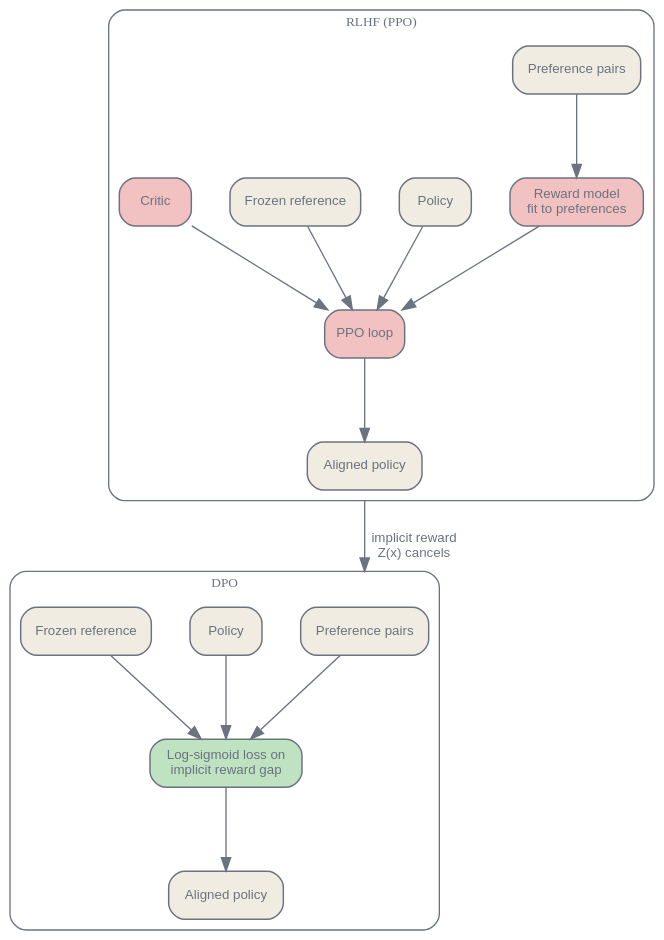
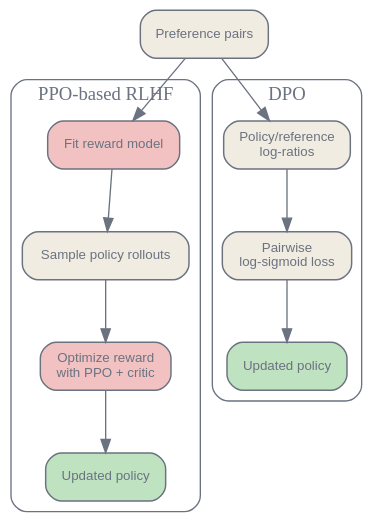
The first of 2 diagrams in en/adaptation/04-dpo-variants.qmd (latere-ai/ai-as-an-infrastructure), drawn with Graphviz before and after one commit. The commit also changed other lines of this file and 6 other files, not shown here.

````diff
--- a/en/adaptation/04-dpo-variants.qmd
+++ b/en/adaptation/04-dpo-variants.qmd
@@ -73,44 +41,36 @@
 ```{dot}
 //| label: fig-dpo-variants-reduction
-//| fig-cap: "RLHF runs a reward model and a PPO loop over four models; DPO substitutes the implicit reward into the Bradley-Terry model, the partition term cancels, and what remains is one classification loss over preference pairs. After Rafailov et al. (2023)."
+//| fig-cap: "PPO-based RLHF learns a reward and then optimizes against it. DPO substitutes a policy-to-reference log-ratio into the preference likelihood and trains on stored pairs."
 digraph {
   bgcolor="transparent";
   rankdir=TB;
-  nodesep=0.4; ranksep=0.85;
-  compound=true;
-  node [shape=box, style="rounded,filled", fontname="Helvetica", fontsize=10, color="#6b7280", fontcolor="#6b7280", fillcolor="#f1ece1", penwidth=1.1];
-  edge [fontsize=10, fontname="Helvetica", color="#6b7280", fontcolor="#6b7280"];
+  nodesep=0.35; ranksep=0.65;
+  node [shape=box, style="rounded,filled", fontname="Helvetica", fontsize=10,
+        color="#6b7280", fontcolor="#6b7280", fillcolor="#f1ece1", penwidth=1.1];
+  edge [fontsize=9, fontname="Helvetica", color="#6b7280", fontcolor="#6b7280"];
+
+  pairs [label="Preference pairs"];
 
   subgraph cluster_rlhf {
-    label="RLHF (PPO)";
-    style=rounded; color="#6b7280"; fontcolor="#6b7280"; fontsize=10;
-    pref1 [label="Preference pairs"];
-    rm [label="Reward model\nfit to preferences", fillcolor="#f2c2c2"];
-    ppo [label="PPO loop", fillcolor="#f2c2c2"];
-    pol1 [label="Policy"];
-    ref1 [label="Frozen reference"];
-    crit [label="Critic", fillcolor="#f2c2c2"];
-    aligned1 [label="Aligned policy"];
-    pref1 -> rm;
-    rm -> ppo;
-    pol1 -> ppo;
-    ref1 -> ppo;
-    crit -> ppo;
-    ppo -> aligned1;
+    label="PPO-based RLHF";
+    style=rounded; color="#6b7280"; fontcolor="#6b7280";
+    rm [label="Fit reward model", fillcolor="#f2c2c2"];
+    roll [label="Sample policy rollouts"];
+    ppo [label="Optimize reward\nwith PPO + critic", fillcolor="#f2c2c2"];
+    out1 [label="Updated policy", fillcolor="#bfe3c0"];
+    rm -> roll -> ppo -> out1;
   }
+
   subgraph cluster_dpo {
     label="DPO";
-    style=rounded; color="#6b7280"; fontcolor="#6b7280"; fontsize=10;
-    pref2 [label="Preference pairs"];
-    loss [label="Log-sigmoid loss on\nimplicit reward gap", fillcolor="#bfe3c0"];
-    pol2 [label="Policy"];
-    ref2 [label="Frozen reference"];
-    aligned2 [label="Aligned policy"];
-    pref2 -> loss;
-    pol2 -> loss;
-    ref2 -> loss;
-    loss -> aligned2;
+    style=rounded; color="#6b7280"; fontcolor="#6b7280";
+    score [label="Policy/reference\nlog-ratios"];
+    loss [label="Pairwise\nlog-sigmoid loss"];
+    out2 [label="Updated policy", fillcolor="#bfe3c0"];
+    score -> loss -> out2;
   }
-  aligned1 -> pref2 [ltail=cluster_rlhf, lhead=cluster_dpo, label="implicit reward\nZ(x) cancels"];
+
+  pairs -> rm;
+  pairs -> score;
 }
 ```
````
